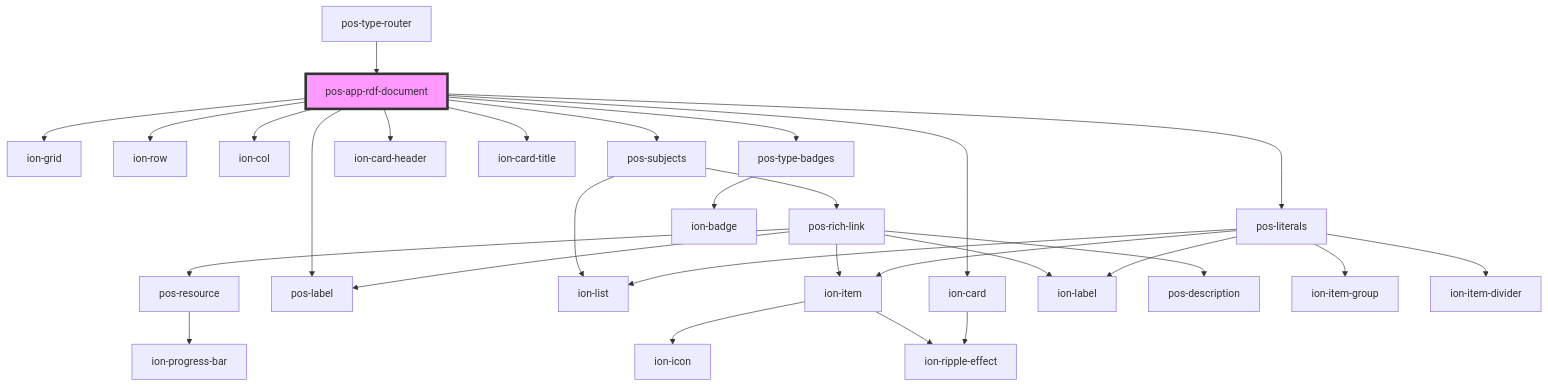
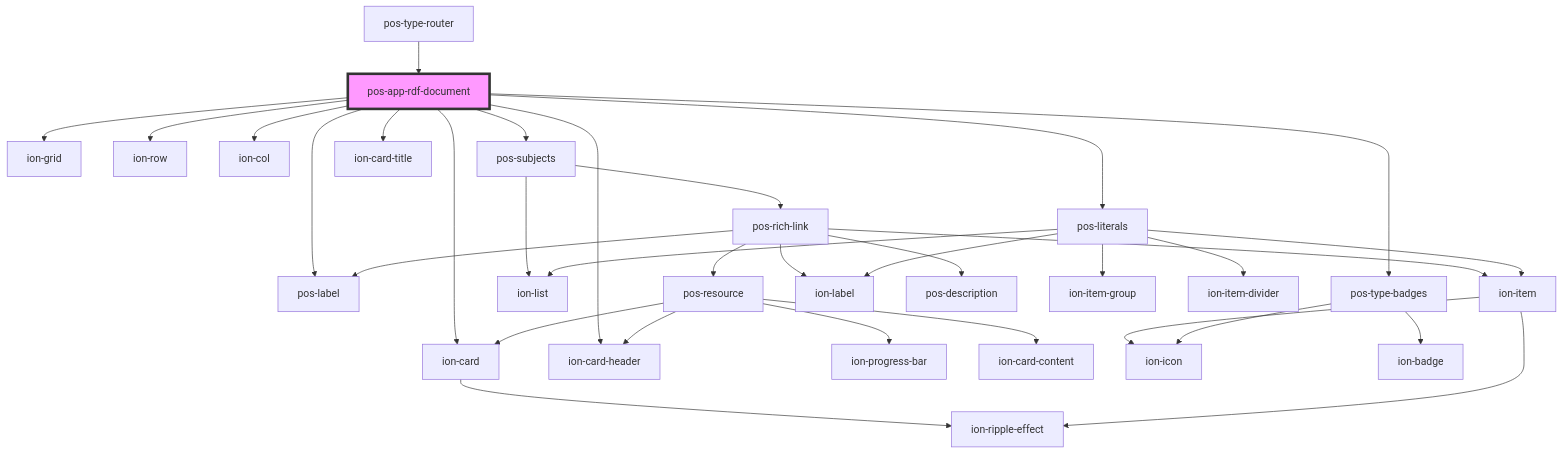
Before and after one commit to pod-os/PodOS: the diagram in docs/elements/apps/pos-app-rdf-document/readme.md, drawn with Mermaid. The commit also changed 15 other files, not shown here.

Commit message:
#3 feat: improve error output for pos-resource

````diff
--- a/docs/elements/apps/pos-app-rdf-document/readme.md
+++ b/docs/elements/apps/pos-app-rdf-document/readme.md
@@ -28,32 +28,36 @@
 ```mermaid
 graph TD;
   pos-app-rdf-document --> ion-grid
   pos-app-rdf-document --> ion-row
   pos-app-rdf-document --> ion-col
   pos-app-rdf-document --> pos-subjects
   pos-app-rdf-document --> ion-card
   pos-app-rdf-document --> ion-card-header
   pos-app-rdf-document --> ion-card-title
   pos-app-rdf-document --> pos-label
   pos-app-rdf-document --> pos-type-badges
   pos-app-rdf-document --> pos-literals
   pos-subjects --> pos-rich-link
   pos-subjects --> ion-list
   pos-rich-link --> pos-resource
   pos-rich-link --> ion-item
   pos-rich-link --> ion-label
   pos-rich-link --> pos-label
   pos-rich-link --> pos-description
   pos-resource --> ion-progress-bar
+  pos-resource --> ion-card
+  pos-resource --> ion-card-header
+  pos-resource --> ion-card-content
+  ion-card --> ion-ripple-effect
   ion-item --> ion-icon
   ion-item --> ion-ripple-effect
-  ion-card --> ion-ripple-effect
   pos-type-badges --> ion-badge
+  pos-type-badges --> ion-icon
   pos-literals --> ion-item-group
   pos-literals --> ion-item-divider
   pos-literals --> ion-label
   pos-literals --> ion-item
   pos-literals --> ion-list
   pos-type-router --> pos-app-rdf-document
   style pos-app-rdf-document fill:#f9f,stroke:#333,stroke-width:4px
 ```
````
